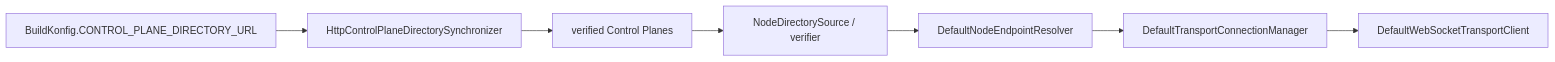
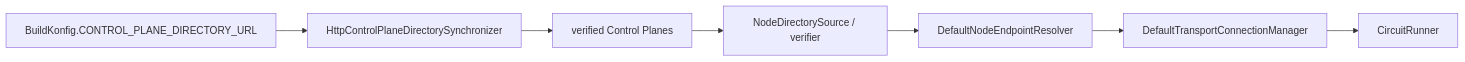
Before and after one commit to cbgm/Sparrow: the diagram in docs/features/transport.md, drawn with Mermaid. The commit also changed other lines of this file and 231 other files, not shown here.

Commit message:
Remove the WebSocket session, the push service and envelope federation

````diff
--- a/docs/features/transport.md
+++ b/docs/features/transport.md
@@ -7,12 +7,12 @@
 ```mermaid
 flowchart LR
     BK[BuildKonfig.CONTROL_PLANE_DIRECTORY_URL]
     DS[HttpControlPlaneDirectorySynchronizer]
     CP[verified Control Planes]
     ND[NodeDirectorySource / verifier]
     ER[DefaultNodeEndpointResolver]
     CM[DefaultTransportConnectionManager]
-    WS[DefaultWebSocketTransportClient]
+    CR[CircuitRunner]
 
-    BK --> DS --> CP --> ND --> ER --> CM --> WS
+    BK --> DS --> CP --> ND --> ER --> CM --> CR
 ```
````
